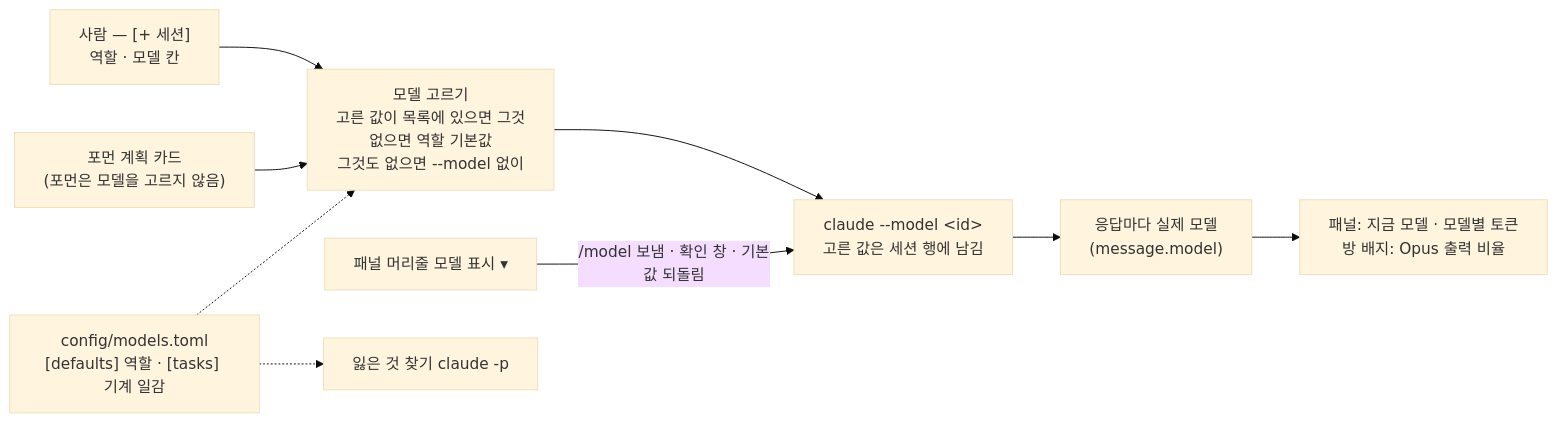
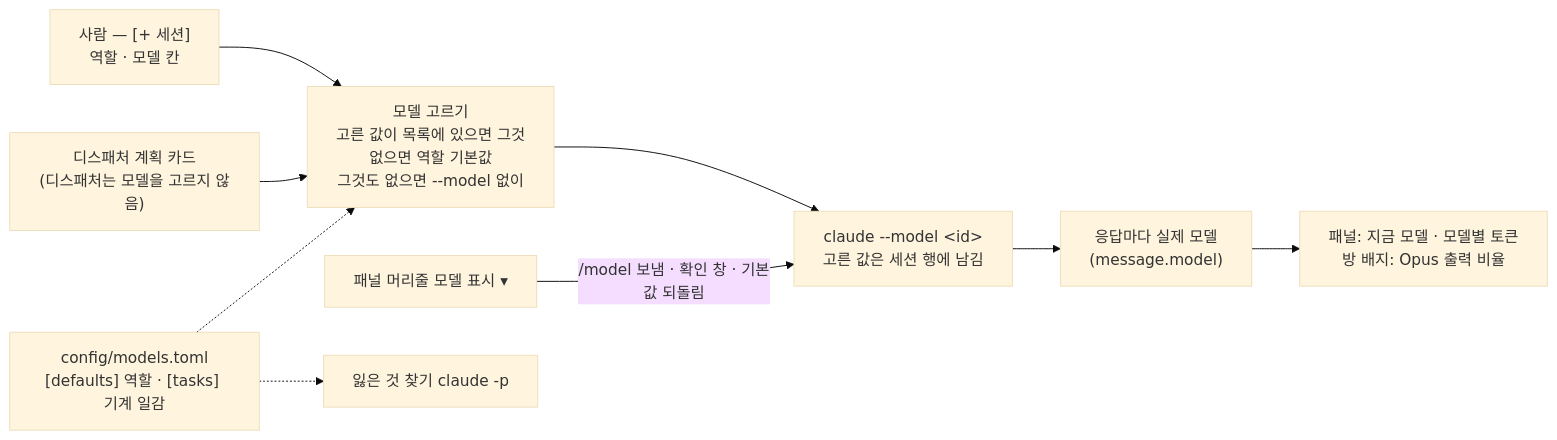
The diagram in portfolio/09_models_cost.md (Gabriel-Joo/foreman), drawn with Mermaid (base theme) before and after one commit. The commit also changed other lines of this file and 25 other files, not shown here.

````diff
--- a/portfolio/09_models_cost.md
+++ b/portfolio/09_models_cost.md
@@ -46,11 +46,11 @@
 ```mermaid
 flowchart LR
   H["사람 — [+ 세션]<br/>역할 · 모델 칸"] --> PICK
-  F["포먼 계획 카드<br/>(포먼은 모델을 고르지 않음)"] --> PICK
+  F["디스패처 계획 카드<br/>(디스패처는 모델을 고르지 않음)"] --> PICK
   PICK["모델 고르기<br/>고른 값이 목록에 있으면 그것<br/>없으면 역할 기본값<br/>그것도 없으면 --model 없이"] --> S["claude --model &lt;id&gt;<br/>고른 값은 세션 행에 남김"]
   S --> R["응답마다 실제 모델<br/>(message.model)"]
   B["패널 머리줄 모델 표시 ▾"] -->|"/model 보냄 · 확인 창 · 기본값 되돌림"| S
   R --> V["패널: 지금 모델 · 모델별 토큰<br/>방 배지: Opus 출력 비율"]
   T["config/models.toml<br/>[defaults] 역할 · [tasks] 기계 일감"] -.-> PICK
   T -.-> L["잃은 것 찾기 claude -p"]
 ```
````
